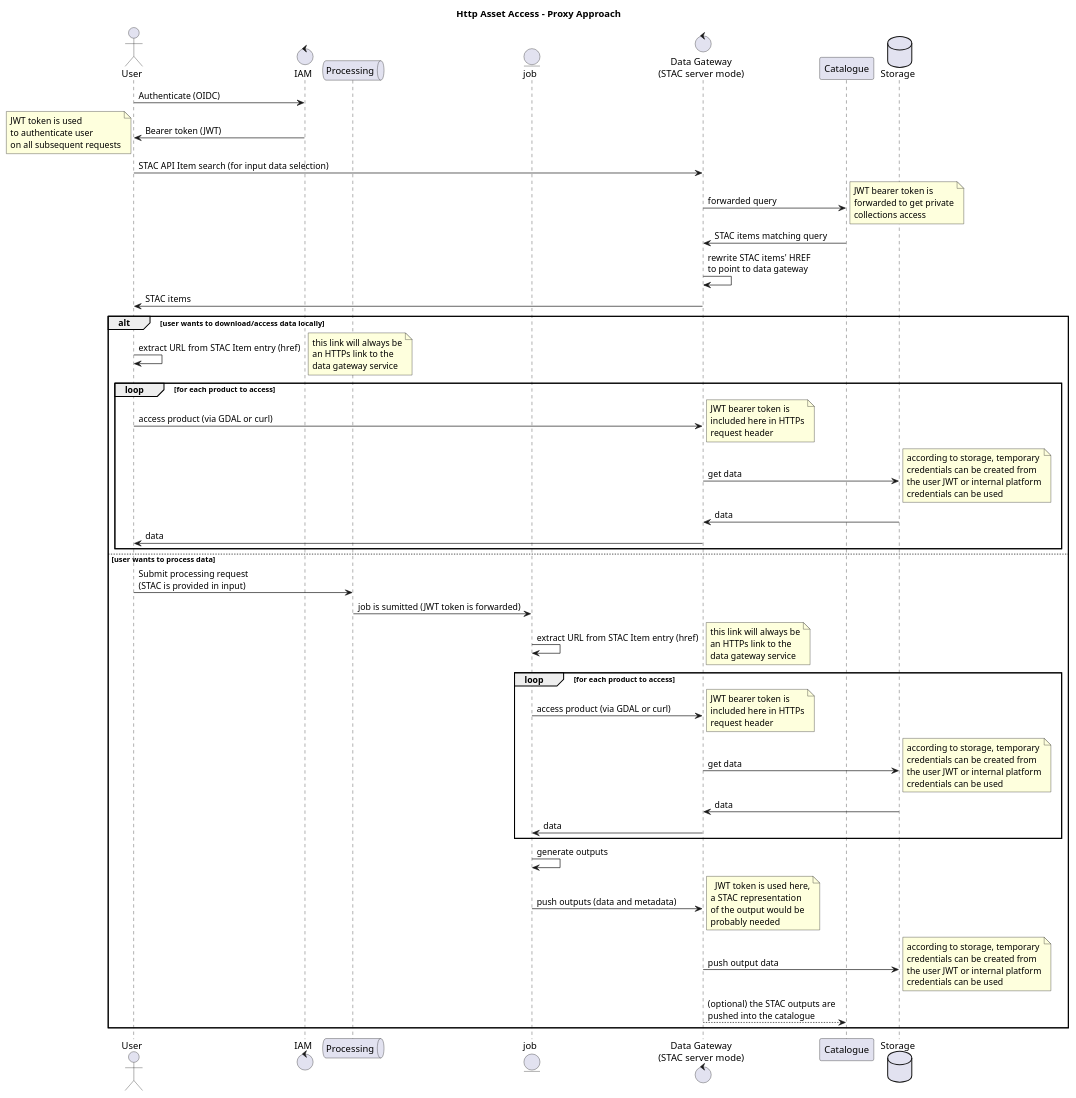
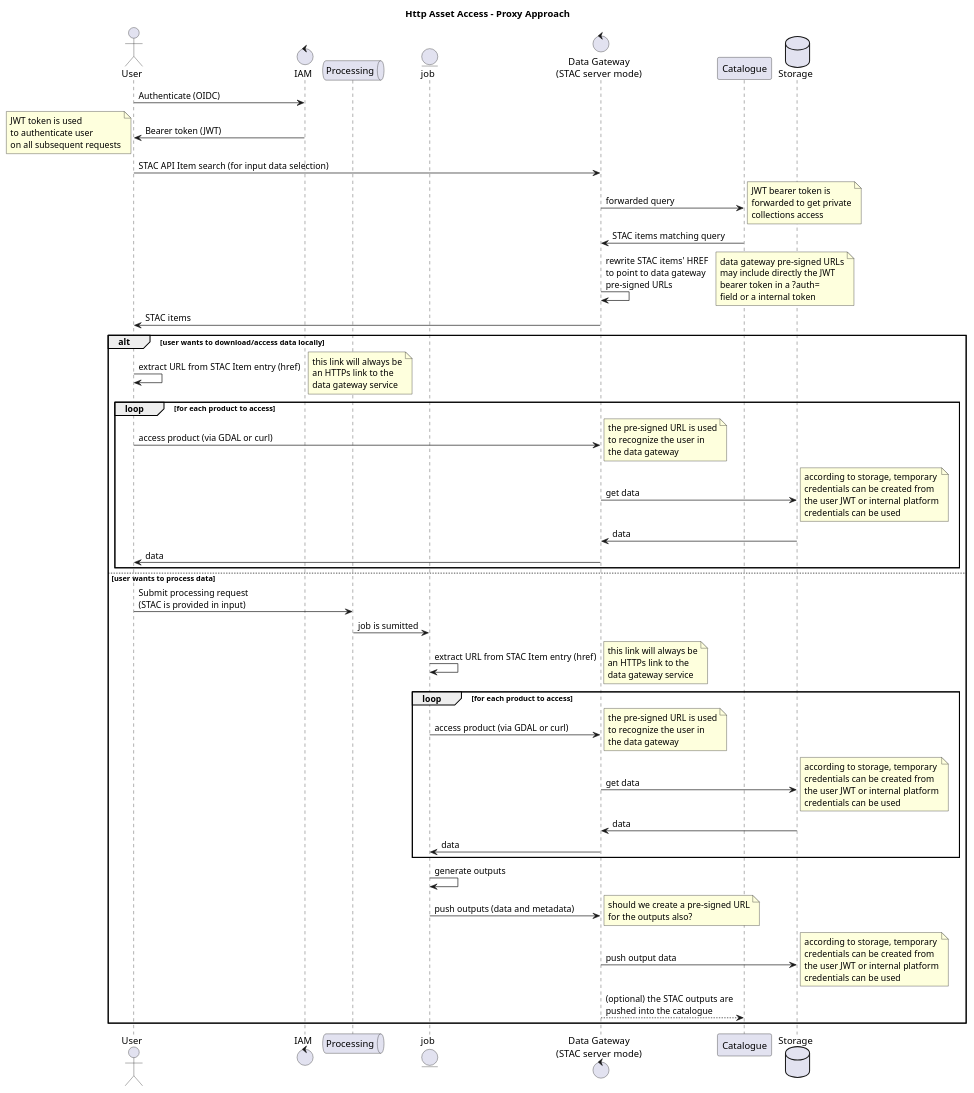
Before and after one commit to EOEPCA/system-architecture: the diagram in docs/reference-architecture/puml/http-asset-access/proxy-approach.puml, drawn with PlantUML.

Commit message:
Update proxy-approach.puml
making it match the description, where "Clients consume the http URLs to ‘directly’ consume the data"

```diff
--- a/docs/reference-architecture/puml/http-asset-access/proxy-approach.puml
+++ b/docs/reference-architecture/puml/http-asset-access/proxy-approach.puml
@@ -1,101 +1,106 @@
 @startuml Http Asset Access - Proxy Approach
 
 title Http Asset Access - Proxy Approach
 
 actor User as user
 control IAM as IAM
 queue "Processing" as ADES
 entity job as job
 control "Data Gateway\n(STAC server mode)" as dgw
 participant Catalogue as cat
 database Storage as storage
 
 user -> IAM : Authenticate (OIDC)
 IAM -> user: Bearer token (JWT)
 note left
 JWT token is used
 to authenticate user
 on all subsequent requests
 end note
 
 user -> dgw: STAC API Item search (for input data selection)
 dgw -> cat: forwarded query
 note right
 			JWT bearer token is
 			forwarded to get private
 			collections access
 end note
 cat -> dgw: STAC items matching query
-dgw -> dgw: rewrite STAC items' HREF\nto point to data gateway
+dgw -> dgw: rewrite STAC items' HREF\nto point to data gateway\npre-signed URLs
+note right
+			data gateway pre-signed URLs
+			may include directly the JWT
+			bearer token in a ?auth=
+			field or a internal token
+end note
+
 dgw -> user: STAC items
 
 alt user wants to download/access data locally
 	user -> user: extract URL from STAC Item entry (href)
 	note right
 		this link will always be
 		an HTTPs link to the
 		data gateway service
 	end note
 	loop for each product to access
 		user -> dgw: access product (via GDAL or curl)
 		note right
-			JWT bearer token is
-			included here in HTTPs
-			request header
+			the pre-signed URL is used
+			to recognize the user in
+			the data gateway
 		end note
 		dgw -> storage: get data
 		note right
 			according to storage, temporary
 			credentials can be created from
 			the user JWT or internal platform
 			credentials can be used
 		end note
 		storage -> dgw: data
 		dgw -> user: data
 	end loop
 	
 else user wants to process data
   user -> ADES: Submit processing request\n(STAC is provided in input)
-  ADES -> job: job is sumitted (JWT token is forwarded)
+  ADES -> job: job is sumitted
 	job -> job: extract URL from STAC Item entry (href)
 	note right
 		this link will always be
 		an HTTPs link to the
 		data gateway service
 	end note
 	loop for each product to access
 		job -> dgw: access product (via GDAL or curl)
 		note right
-			JWT bearer token is
-			included here in HTTPs
-			request header
+			the pre-signed URL is used
+			to recognize the user in
+			the data gateway
 		end note
 		dgw -> storage: get data
 		note right
 			according to storage, temporary
 			credentials can be created from
 			the user JWT or internal platform
 			credentials can be used
 		end note
 		storage -> dgw: data
 		dgw -> job: data
 	end loop
 	job -> job: generate outputs
 	job -> dgw: push outputs (data and metadata)
 		note right
-	    JWT token is used here,
-			a STAC representation
-			of the output would be
-			probably needed
+			should we create a pre-signed URL
+			for the outputs also?
 	  end note
 	dgw -> storage: push output data
 		note right
 			according to storage, temporary
 			credentials can be created from
 			the user JWT or internal platform
 			credentials can be used
 		end note
 	dgw --> cat: (optional) the STAC outputs are\npushed into the catalogue  
 end
 
 @enduml
```
